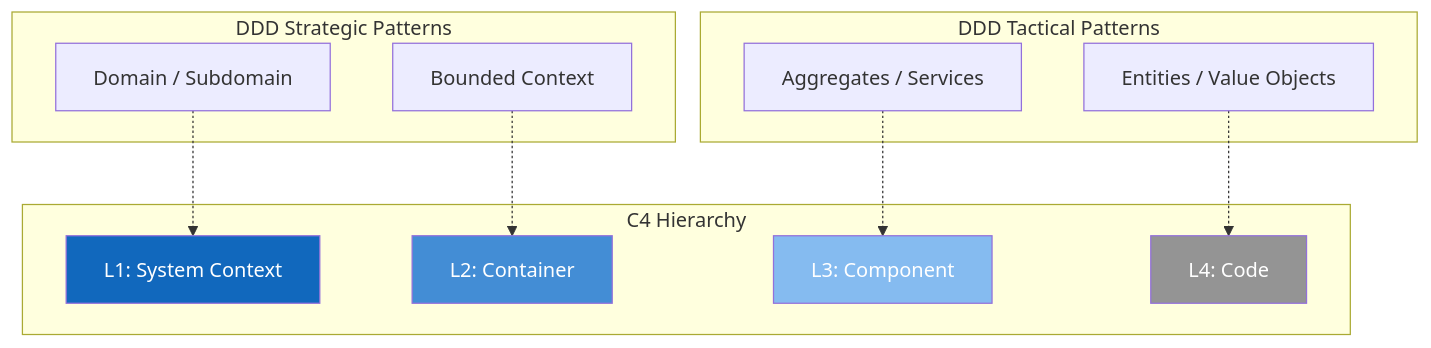
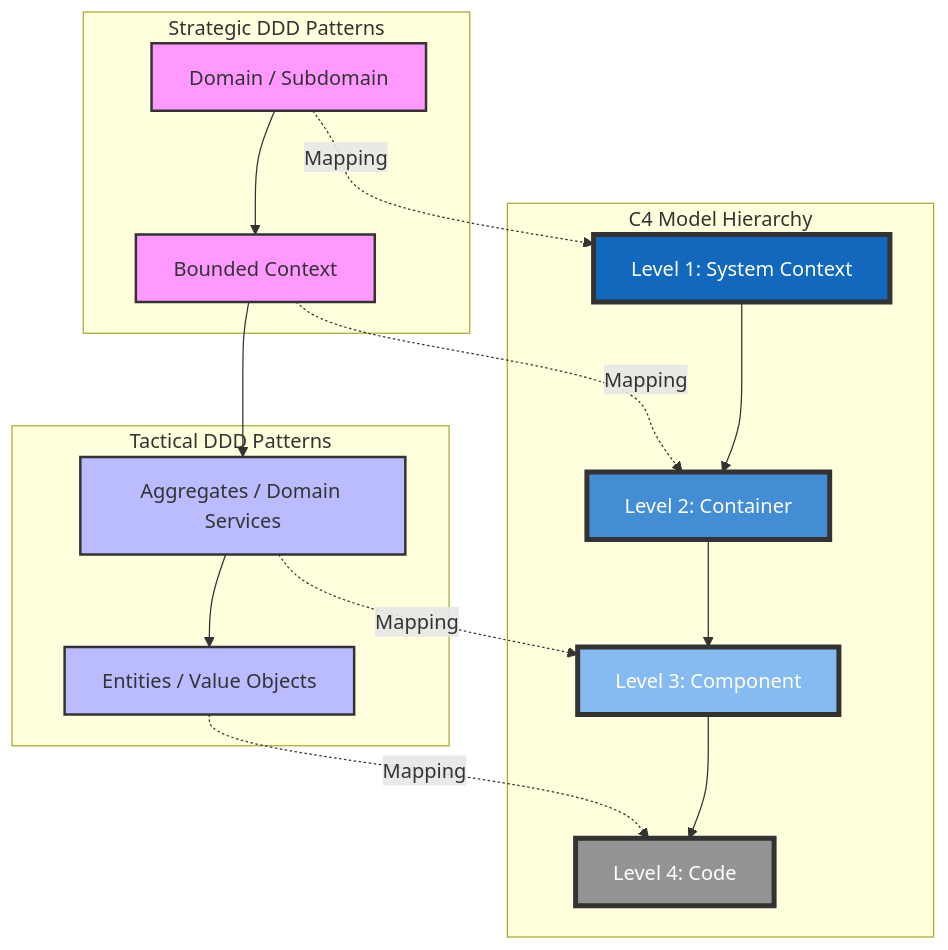
The diagram in docs/ddd-c4-mapping.md (kinhluan/skills), drawn with Mermaid before and after one commit. The commit also changed 34 other files, not shown here.

Commit message:
refactor: remove unnecessary agent config from git and integrate mermaid diagram

````diff
--- a/docs/ddd-c4-mapping.md
+++ b/docs/ddd-c4-mapping.md
@@ -18,29 +18,52 @@
 ```mermaid
 graph TD
-    subgraph DDD_Strategy [DDD Strategic Patterns]
-        Domain[Domain / Subdomain]
-        BC[Bounded Context]
+    %% Define Styles
+    classDef dddStrategic fill:#f9f,stroke:#333,stroke-width:2px;
+    classDef dddTactical fill:#bbf,stroke:#333,stroke-width:2px;
+    classDef c4Level1 fill:#1168bd,color:#fff,stroke:#333,stroke-width:4px;
+    classDef c4Level2 fill:#438dd5,color:#fff,stroke:#333,stroke-width:4px;
+    classDef c4Level3 fill:#85bbf0,color:#fff,stroke:#333,stroke-width:4px;
+    classDef c4Level4 fill:#949494,color:#fff,stroke:#333,stroke-width:4px;
+
+    %% DDD Strategic Section
+    subgraph Strategic_DDD [Strategic DDD Patterns]
+        Domain[Domain / Subdomain]:::dddStrategic
+        BC[Bounded Context]:::dddStrategic
     end
 
-    subgraph C4_Hierarchy [C4 Hierarchy]
-        L1[L1: System Context]
-        L2[L2: Container]
-        L3[L3: Component]
-        L4[L4: Code]
+    %% C4 Hierarchy Section
+    subgraph C4_Architecture [C4 Model Hierarchy]
+        L1[Level 1: System Context]:::c4Level1
+        L2[Level 2: Container]:::c4Level2
+        L3[Level 3: Component]:::c4Level3
+        L4[Level 4: Code]:::c4Level4
     end
 
-    subgraph DDD_Tactical [DDD Tactical Patterns]
-        Agg[Aggregates / Services]
-        EVO[Entities / Value Objects]
+    %% DDD Tactical Section
+    subgraph Tactical_DDD [Tactical DDD Patterns]
+        Agg[Aggregates / Domain Services]:::dddTactical
+        EVO[Entities / Value Objects]:::dddTactical
     end
 
-    Domain -.-> L1
-    BC -.-> L2
-    Agg -.-> L3
-    EVO -.-> L4
+    %% Relationships and Mapping
+    Domain -. Mapping .-> L1
+    BC -. Mapping .-> L2
+    Agg -. Mapping .-> L3
+    EVO -. Mapping .-> L4
 
-    style L1 fill:#1168bd,color:#fff
-    style L2 fill:#438dd5,color:#fff
-    style L3 fill:#85bbf0,color:#fff
-    style L4 fill:#949494,color:#fff
+    %% Internal DDD Flow
+    Domain --> BC
+    BC --> Agg
+    Agg --> EVO
+
+    %% Internal C4 Flow
+    L1 --> L2
+    L2 --> L3
+    L3 --> L4
+
+    %% Additional Info
+    click L1 "https://c4model.com/#SystemContextDiagram"
+    click L2 "https://c4model.com/#ContainerDiagram"
+    click L3 "https://c4model.com/#ComponentDiagram"
+    click L4 "https://c4model.com/#CodeDiagram"
 ```
````
